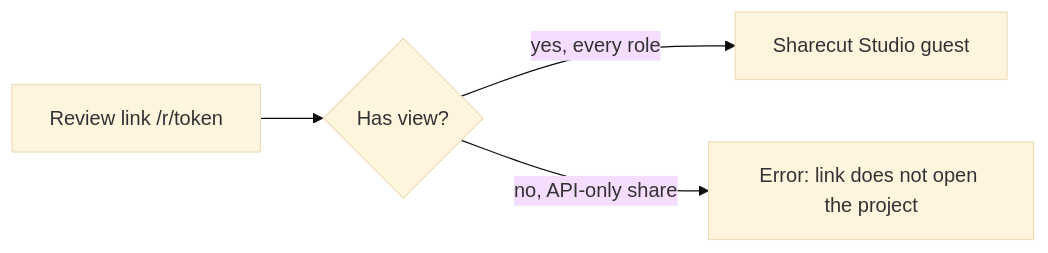
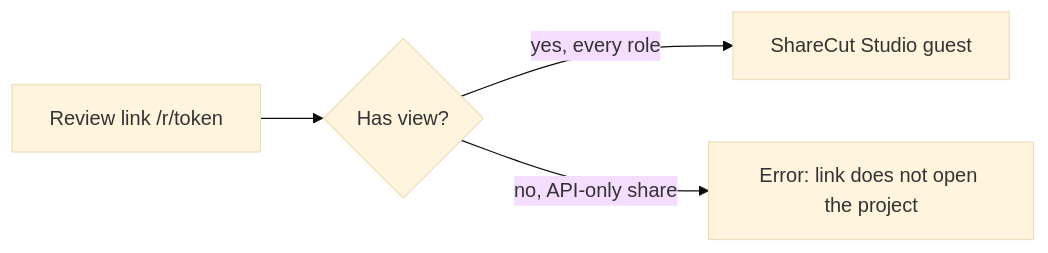
Before and after one commit to calebn/sharecut-studio: the third of 3 diagrams in ux/pages/screen-inventory.md, drawn with Mermaid (base theme). The commit also changed other lines of this file and 162 other files, not shown here.

First line of the commit message:
chore(brand): write ShareCut and ShareCut Studio with the capital C (#1923)

````diff
--- a/ux/pages/screen-inventory.md
+++ b/ux/pages/screen-inventory.md
@@ -378,6 +378,6 @@
 ```mermaid
 flowchart LR
   shareLink["Review link /r/token"] --> hasView{Has view?}
-  hasView -->|yes, every role| dawGuest[Sharecut Studio guest]
+  hasView -->|yes, every role| dawGuest[ShareCut Studio guest]
   hasView -->|no, API-only share| noPage[Error: link does not open the project]
 ```
````
